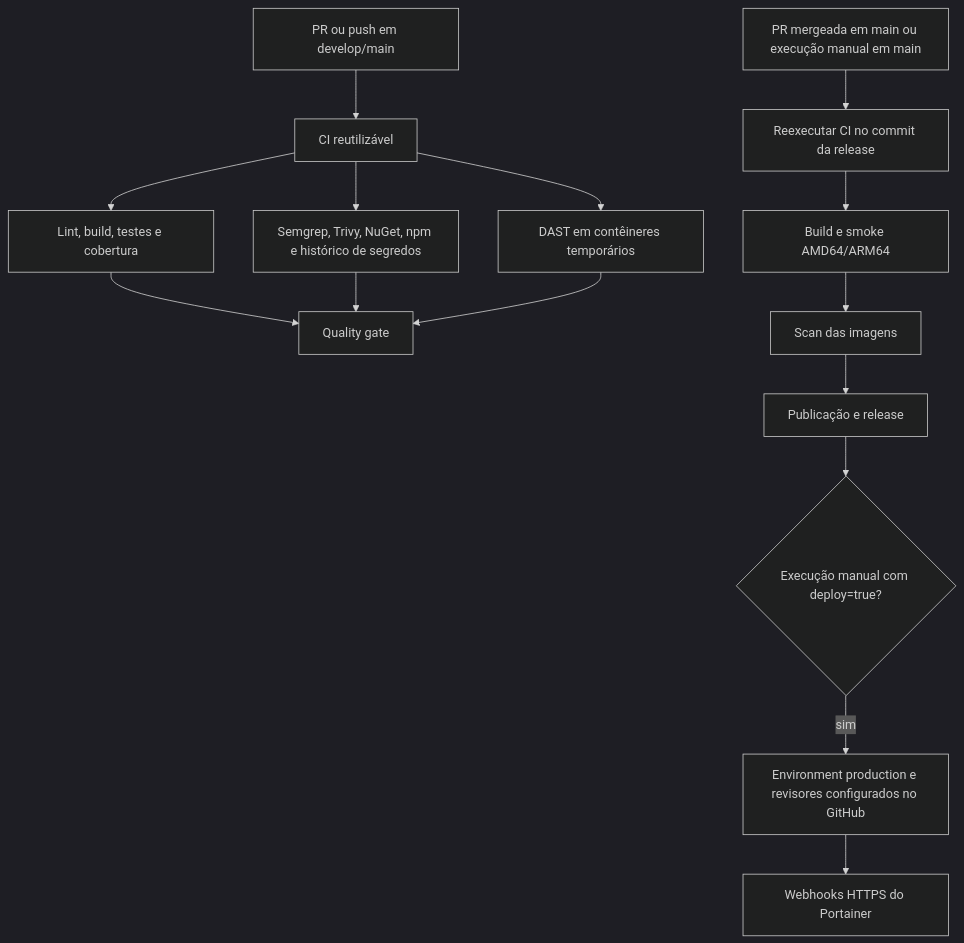
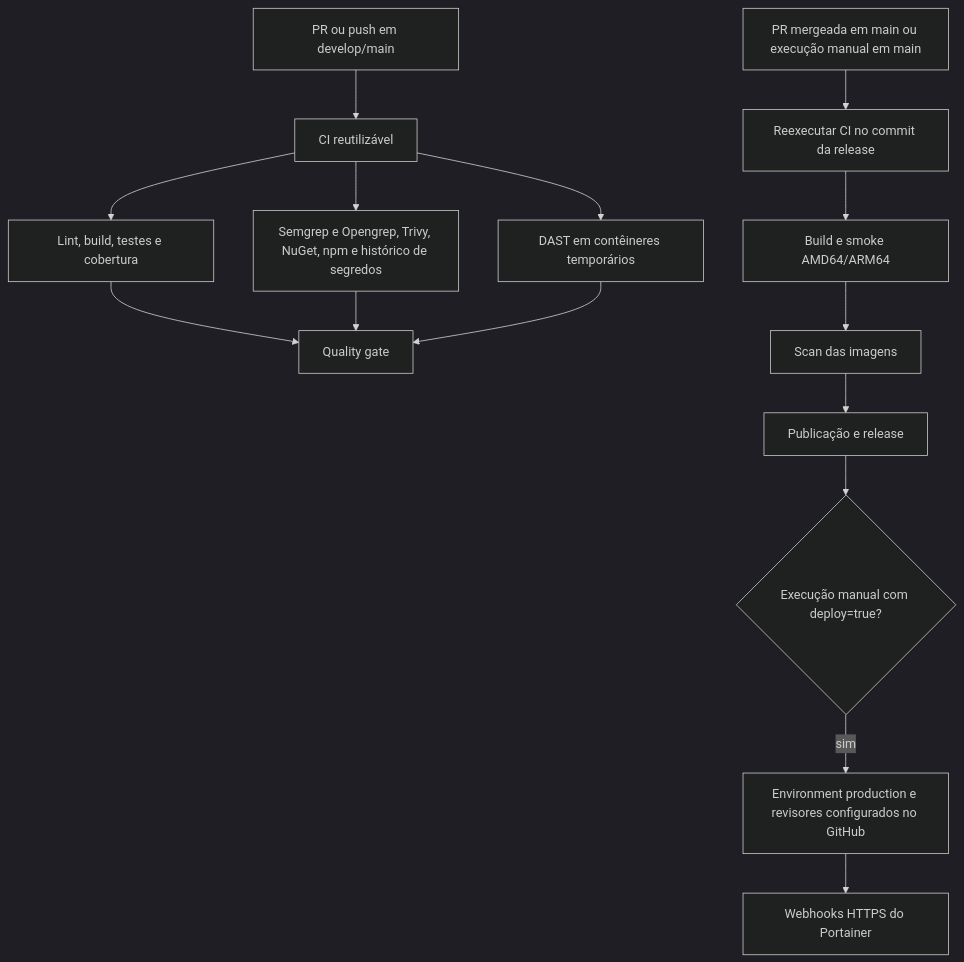
Before and after one commit to ifpebj-ti/gestao-tccs: the diagram in docs/security/ci-cd-auditoria.md, drawn with Mermaid (dark theme). The commit also changed other lines of this file and 5 other files, not shown here.

````diff
--- a/docs/security/ci-cd-auditoria.md
+++ b/docs/security/ci-cd-auditoria.md
@@ -13,17 +13,17 @@
 ```mermaid
 flowchart TD
   PR[PR ou push em develop/main] --> CI[CI reutilizável]
   CI --> T[Lint, build, testes e cobertura]
-  CI --> S[Semgrep, Trivy, NuGet, npm e histórico de segredos]
+  CI --> S[Semgrep e Opengrep, Trivy, NuGet, npm e histórico de segredos]
   CI --> D[DAST em contêineres temporários]
   T --> G[Quality gate]
   S --> G
   D --> G
   M[PR mergeada em main ou execução manual em main] --> R[Reexecutar CI no commit da release]
   R --> B[Build e smoke AMD64/ARM64]
   B --> I[Scan das imagens]
   I --> P[Publicação e release]
   P --> O{Execução manual com deploy=true?}
   O -->|sim| E[Environment production e revisores configurados no GitHub]
   E --> W[Webhooks HTTPS do Portainer]
 ```
````
